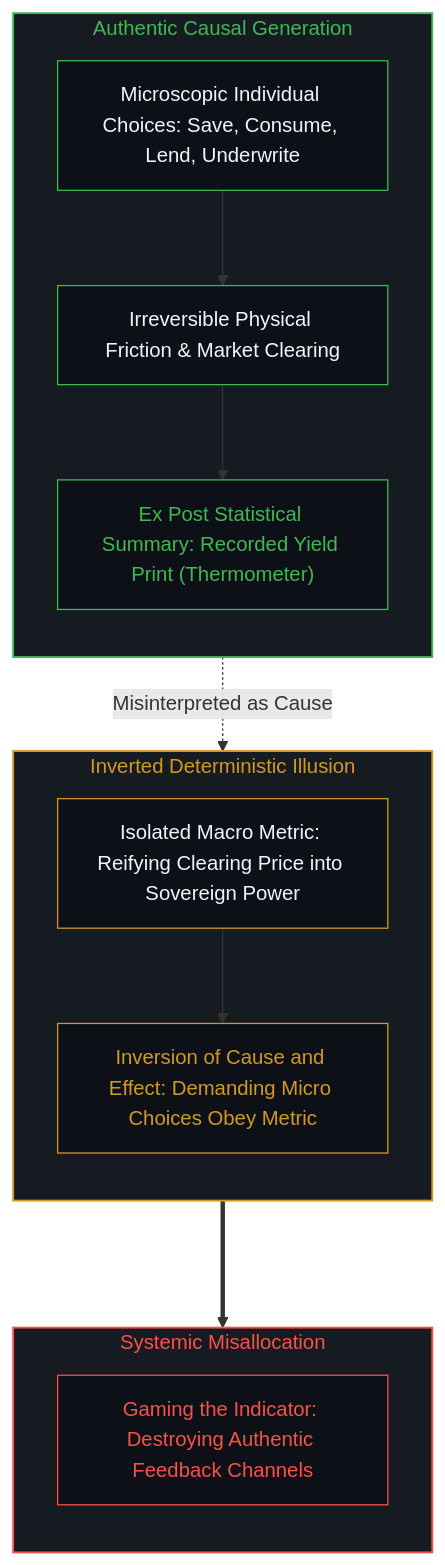
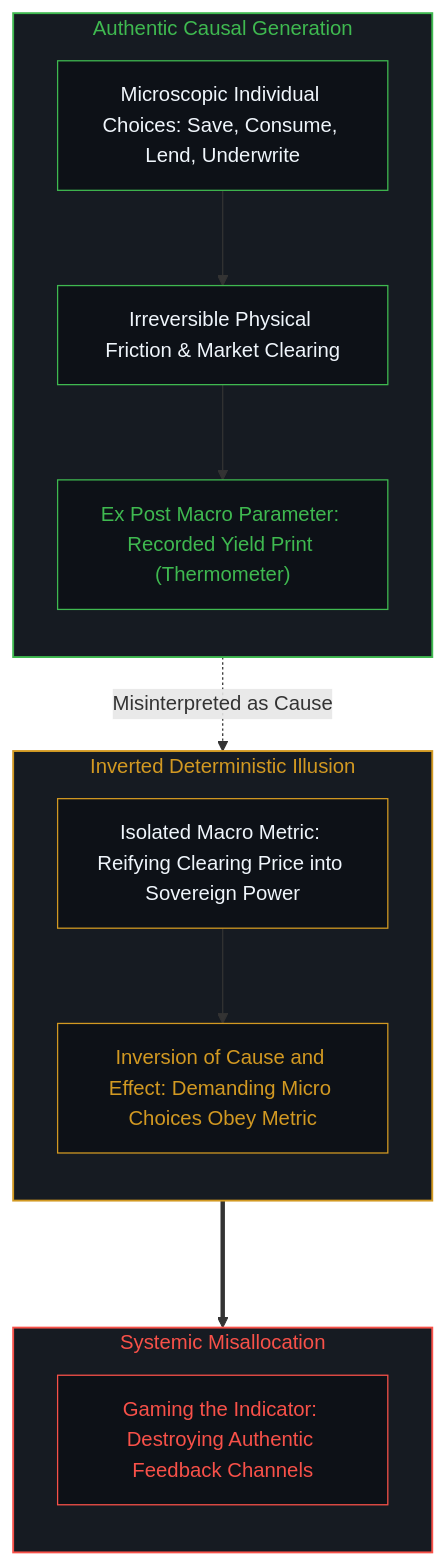
Before and after one commit to powerpig99/not-a-toe: the fourth of 8 diagrams in content/posts/the-summary-first-reversal-and-the-command-of-yields.md, drawn with Mermaid. The commit also changed other lines of this file and 6 other files, not shown here.

Commit message:
Refactor Post #341: replace 'summary first' with canonical 'macro parameters and micro choices'

````diff
--- a/content/posts/the-summary-first-reversal-and-the-command-of-yields.md
+++ b/content/posts/the-summary-first-reversal-and-the-command-of-yields.md
@@ -137,31 +137,31 @@
 ```mermaid
 graph TD
     subgraph S_CausalReality_EN ["Authentic Causal Generation"]
         direction TB
         DE1["Microscopic Individual Choices: Save, Consume, Lend, Underwrite"] --> DE2["Irreversible Physical Friction & Market Clearing"]
-        DE2 --> DE3["Ex Post Statistical Summary: Recorded Yield Print (Thermometer)"]
+        DE2 --> DE3["Ex Post Macro Parameter: Recorded Yield Print (Thermometer)"]
     end
 
     subgraph S_InvertedIllusion_EN ["Inverted Deterministic Illusion"]
         direction TB
         EE1["Isolated Macro Metric: Reifying Clearing Price into Sovereign Power"] --> EE2["Inversion of Cause and Effect: Demanding Micro Choices Obey Metric"]
     end
 
     subgraph S_DistortionResult_EN ["Systemic Misallocation"]
         direction TB
         FE1["Gaming the Indicator: Destroying Authentic Feedback Channels"]
     end
 
     DE3 -. Misinterpreted as Cause .-> EE1
     EE2 ===> FE1
 
     style S_CausalReality_EN fill:#161b22,stroke:#3fb950,stroke-width:1.5px,color:#3fb950
     style S_InvertedIllusion_EN fill:#161b22,stroke:#d29922,stroke-width:1.5px,color:#d29922
     style S_DistortionResult_EN fill:#161b22,stroke:#f85149,stroke-width:1.5px,color:#f85149
     style DE1 fill:#0d1117,stroke:#3fb950,stroke-width:1px,color:#f0f6fc
     style DE2 fill:#0d1117,stroke:#3fb950,stroke-width:1px,color:#f0f6fc
     style DE3 fill:#0d1117,stroke:#3fb950,stroke-width:1px,color:#3fb950
     style EE1 fill:#0d1117,stroke:#d29922,stroke-width:1px,color:#f0f6fc
     style EE2 fill:#0d1117,stroke:#d29922,stroke-width:1px,color:#d29922
     style FE1 fill:#0d1117,stroke:#f85149,stroke-width:1px,color:#f85149
 ```
````
